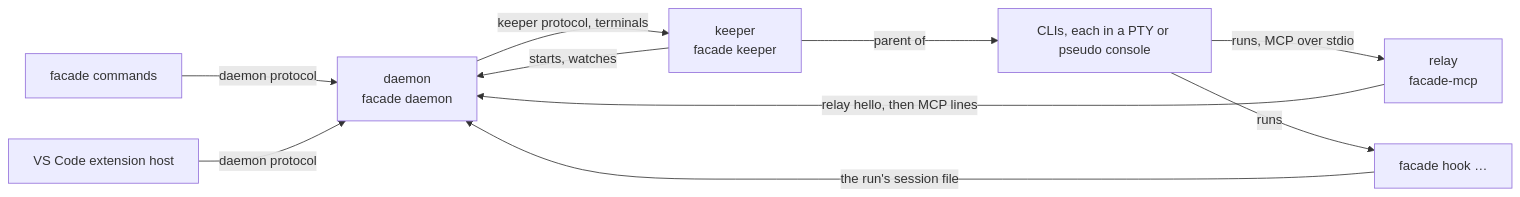
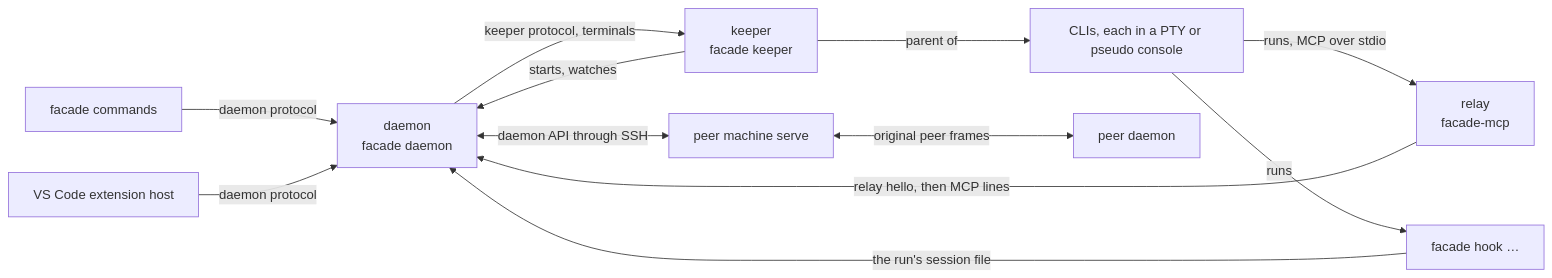
The diagram in docs/core/ARCHITECTURE.md (y5ez3g/facadecode), drawn with Mermaid before and after one commit. The commit also changed other lines of this file and 13 other files, not shown here.

````diff
--- a/docs/core/ARCHITECTURE.md
+++ b/docs/core/ARCHITECTURE.md
@@ -9,12 +9,14 @@
 ```mermaid
 flowchart LR
     P["facade commands"] -->|daemon protocol| D["daemon<br/>facade daemon"]
     E["VS Code extension host"] -->|daemon protocol| D
     K["keeper<br/>facade keeper"] -->|starts, watches| D
     D -->|keeper protocol, terminals| K
     K -->|parent of| C["CLIs, each in a PTY or pseudo console"]
     C -->|runs, MCP over stdio| R["relay<br/>facade-mcp"]
     R -->|relay hello, then MCP lines| D
     C -->|runs| H["facade hook …"]
     H -->|the run's session file| D
+    D <-->|daemon API through SSH| S["peer machine serve"]
+    S <-->|original peer frames| Q["peer daemon"]
 ```
````
